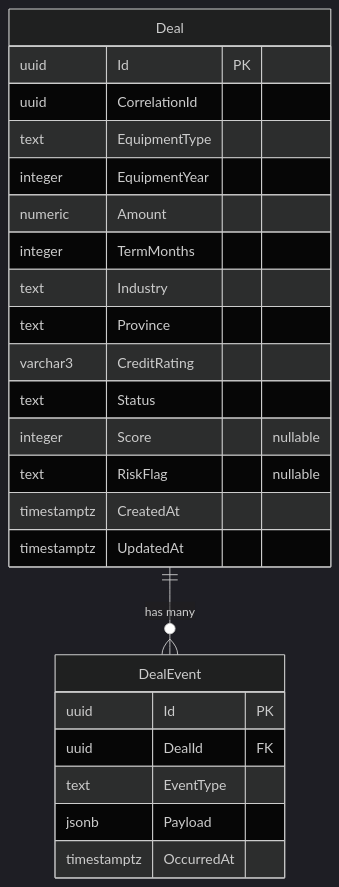
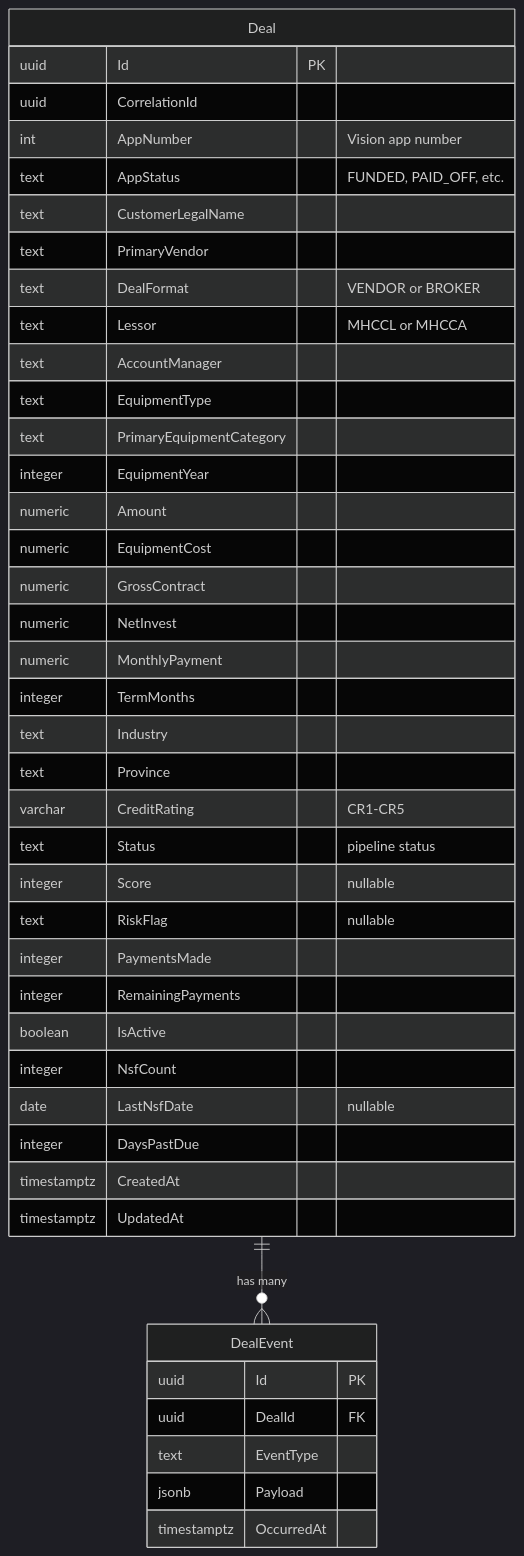
The fourth of 6 diagrams in README.md (kianis4/Deal-Flow-Sandbox), drawn with Mermaid (dark theme) before and after one commit. The commit also changed other lines of this file and 7 other files, not shown here.

````diff
--- a/README.md
+++ b/README.md
@@ -132,29 +132,47 @@
 ```mermaid
 erDiagram
     Deal {
-        uuid        Id           PK
+        uuid        Id               PK
         uuid        CorrelationId
+        int         AppNumber        "Vision app number"
+        text        AppStatus        "FUNDED, PAID_OFF, etc."
+        text        CustomerLegalName
+        text        PrimaryVendor
+        text        DealFormat       "VENDOR or BROKER"
+        text        Lessor           "MHCCL or MHCCA"
+        text        AccountManager
         text        EquipmentType
+        text        PrimaryEquipmentCategory
         integer     EquipmentYear
         numeric     Amount
+        numeric     EquipmentCost
+        numeric     GrossContract
+        numeric     NetInvest
+        numeric     MonthlyPayment
         integer     TermMonths
         text        Industry
         text        Province
-        varchar3    CreditRating
-        text        Status
-        integer     Score          "nullable"
-        text        RiskFlag       "nullable"
+        varchar     CreditRating     "CR1-CR5"
+        text        Status           "pipeline status"
+        integer     Score            "nullable"
+        text        RiskFlag         "nullable"
+        integer     PaymentsMade
+        integer     RemainingPayments
+        boolean     IsActive
+        integer     NsfCount
+        date        LastNsfDate      "nullable"
+        integer     DaysPastDue
         timestamptz CreatedAt
         timestamptz UpdatedAt
     }
 
     DealEvent {
         uuid        Id          PK
         uuid        DealId      FK
         text        EventType
         jsonb       Payload
         timestamptz OccurredAt
     }
 
     Deal ||--o{ DealEvent : "has many"
 ```
````
